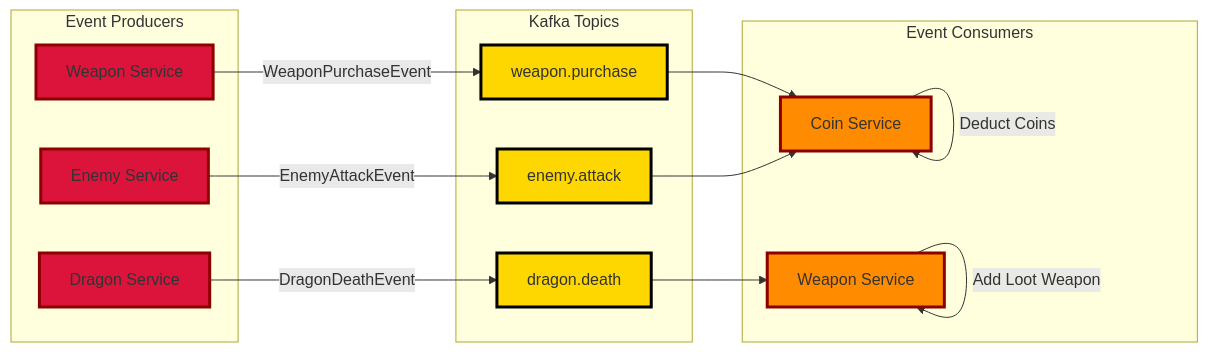
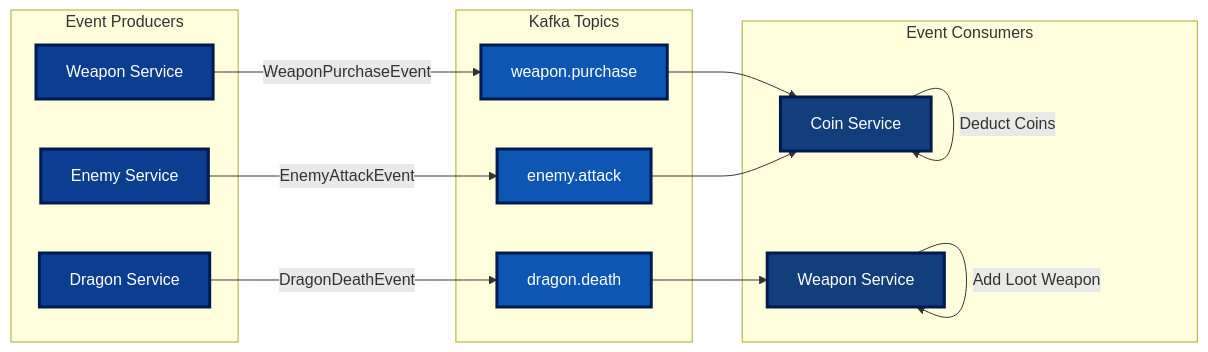
One commit to tiraten-bot/network-sec-micro changed the fifth of 12 diagrams in README.md. Above: the diagram before and after it, drawn with Mermaid.

Commit message:
Refine architecture diagram styles in README.md with updated color scheme for improved visual consistency and clarity.

````diff
--- a/README.md
+++ b/README.md
@@ -244,39 +244,39 @@
 ```mermaid
 graph LR
     subgraph "Event Producers"
         WP[Weapon Service]
         E[Enemy Service]
         D[Dragon Service]
     end
     
     subgraph "Kafka Topics"
         T1[weapon.purchase]
         T2[enemy.attack]
         T3[dragon.death]
     end
     
     subgraph "Event Consumers"
         C[Coin Service]
         WP2[Weapon Service]
     end
     
     WP -->|WeaponPurchaseEvent| T1
     E -->|EnemyAttackEvent| T2
     D -->|DragonDeathEvent| T3
     
     T1 --> C
     T2 --> C
     T3 --> WP2
     
     C -->|Deduct Coins| C
     WP2 -->|Add Loot Weapon| WP2
     
-    style WP fill:#DC143C,stroke:#8B0000,stroke-width:3px
-    style E fill:#DC143C,stroke:#8B0000,stroke-width:3px
-    style D fill:#DC143C,stroke:#8B0000,stroke-width:3px
-    style T1 fill:#FFD700,stroke:#000000,stroke-width:3px
-    style T2 fill:#FFD700,stroke:#000000,stroke-width:3px
-    style T3 fill:#FFD700,stroke:#000000,stroke-width:3px
-    style C fill:#FF8C00,stroke:#8B0000,stroke-width:3px
-    style WP2 fill:#FF8C00,stroke:#8B0000,stroke-width:3px
+    style WP fill:#0b3d91,stroke:#001a4d,stroke-width:3px,color:#ffffff
+    style E fill:#0b3d91,stroke:#001a4d,stroke-width:3px,color:#ffffff
+    style D fill:#0b3d91,stroke:#001a4d,stroke-width:3px,color:#ffffff
+    style T1 fill:#0d56b3,stroke:#001a4d,stroke-width:3px,color:#ffffff
+    style T2 fill:#0d56b3,stroke:#001a4d,stroke-width:3px,color:#ffffff
+    style T3 fill:#0d56b3,stroke:#001a4d,stroke-width:3px,color:#ffffff
+    style C fill:#133e7c,stroke:#001a4d,stroke-width:3px,color:#ffffff
+    style WP2 fill:#133e7c,stroke:#001a4d,stroke-width:3px,color:#ffffff
 ```
````
